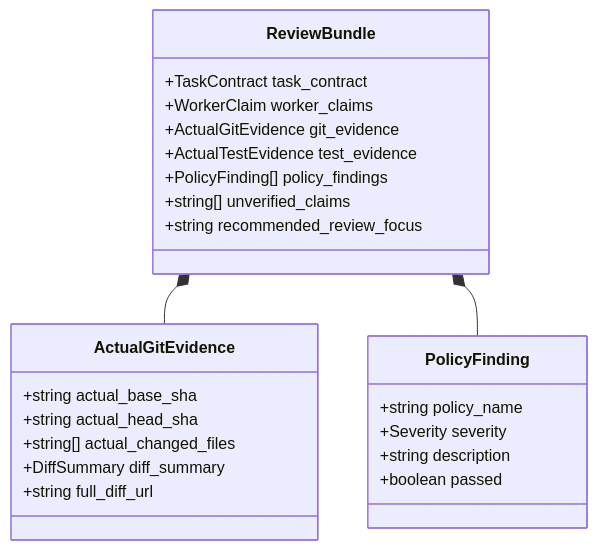
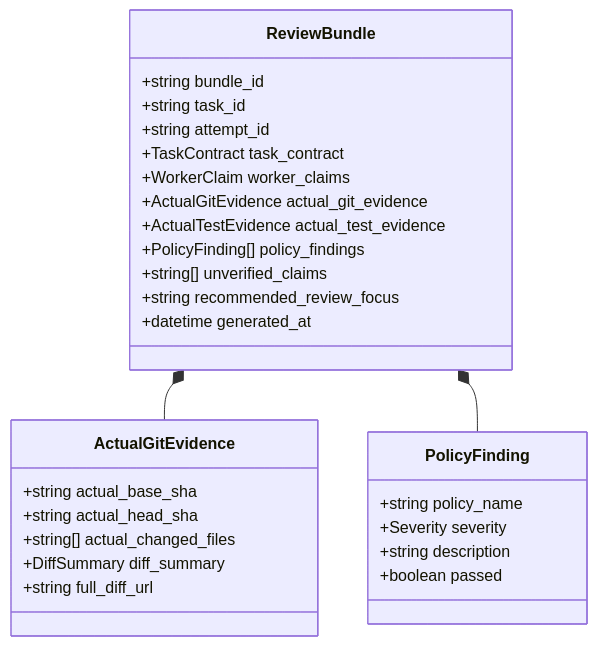
Before and after one commit to trungqwe/ai-supervisor: the diagram in docs/10_REVIEW_BUNDLE.md, drawn with Mermaid. The commit also changed other lines of this file and 17 other files, not shown here.

Commit message:
docs: complete P01 final audit and freeze Architecture V2

````diff
--- a/docs/10_REVIEW_BUNDLE.md
+++ b/docs/10_REVIEW_BUNDLE.md
@@ -18,30 +18,34 @@
 ```mermaid
 classDiagram
     class ReviewBundle {
+        +string bundle_id
+        +string task_id
+        +string attempt_id
         +TaskContract task_contract
         +WorkerClaim worker_claims
-        +ActualGitEvidence git_evidence
-        +ActualTestEvidence test_evidence
+        +ActualGitEvidence actual_git_evidence
+        +ActualTestEvidence actual_test_evidence
         +PolicyFinding[] policy_findings
         +string[] unverified_claims
         +string recommended_review_focus
+        +datetime generated_at
     }
 
     class ActualGitEvidence {
         +string actual_base_sha
         +string actual_head_sha
         +string[] actual_changed_files
         +DiffSummary diff_summary
         +string full_diff_url
     }
 
     class PolicyFinding {
         +string policy_name
         +Severity severity
         +string description
         +boolean passed
     }
 
     ReviewBundle *-- ActualGitEvidence
     ReviewBundle *-- PolicyFinding
 ```
````
